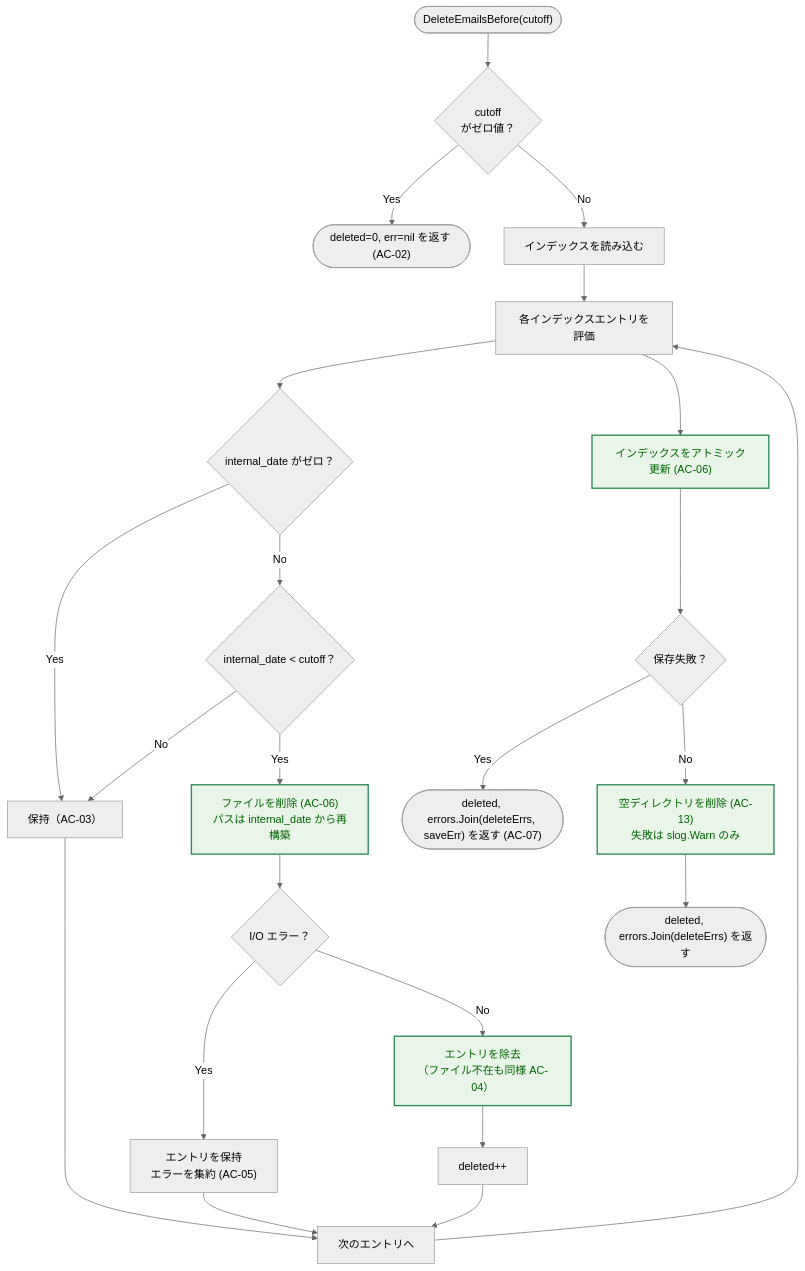
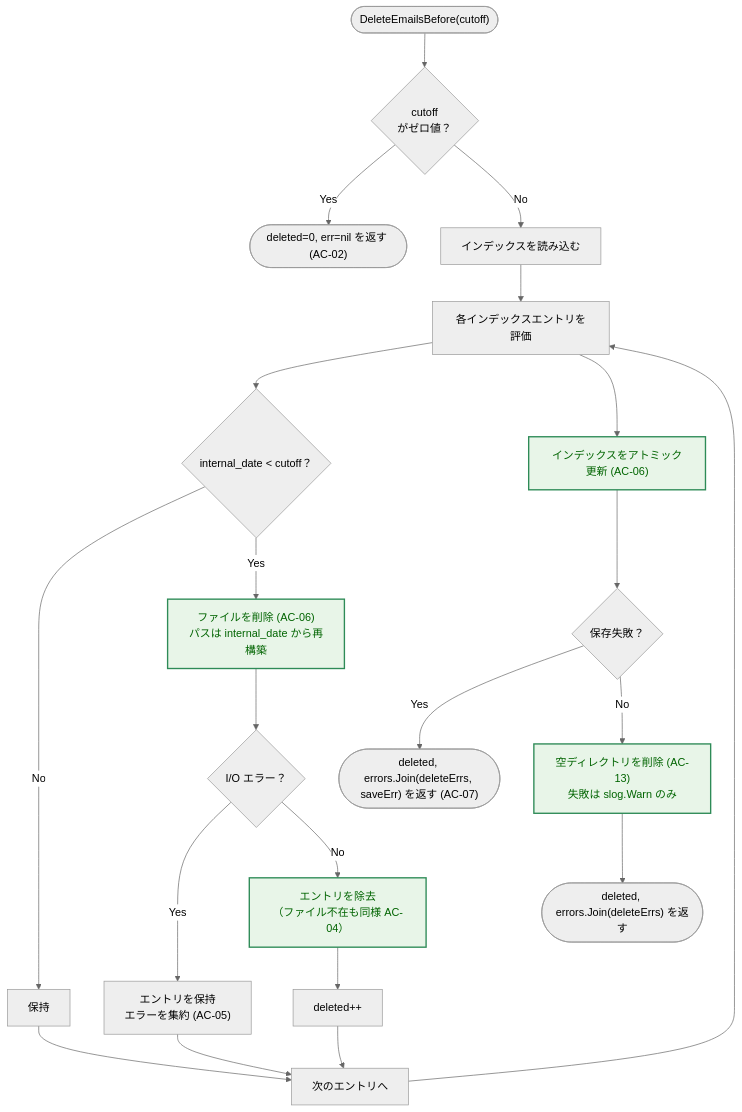
One commit to isseis/tlsrpt-digest changed the ninth of 9 diagrams in docs/tasks/0041_store_gc_simplify/02_architecture.md. Above: the diagram before and after it, drawn with Mermaid (neutral theme). The commit also changed other lines of this file and 1 other file, not shown here.

Commit message:
docs(0041): remove zero internal_date guard from AC-03
With F-000 removing SentAt and F-002 removing SaveReports placeholder
creation, there is no valid code path that produces a zero InternalDate
in the index. INTERNALDATE is an RFC 3501 required field and is always
present. The guard was inherited from the old SavedAt-based design and
is no longer meaningful.

Remove the zero guard from AC-03, the flowchart, the error table, and
the test plan.

````diff
--- a/docs/tasks/0041_store_gc_simplify/02_architecture.md
+++ b/docs/tasks/0041_store_gc_simplify/02_architecture.md
@@ -340,29 +339,27 @@
 ```mermaid
 flowchart TD
     classDef enhanced fill:#e8f5e8,stroke:#2e8b57,stroke-width:2px,color:#006400;
 
     Start(["DeleteEmailsBefore(cutoff)"]) --> Zero{"cutoff<br>がゼロ値？"}
     Zero -->|"Yes"| RetZero(["deleted=0, err=nil を返す (AC-02)"])
     Zero -->|"No"| Load["インデックスを読み込む"]
     Load --> Loop["各インデックスエントリを評価"]
-    Loop --> Placeholder{"internal_date がゼロ？"}
-    Placeholder -->|"Yes"| Keep["保持（AC-03）"]
-    Placeholder -->|"No"| Cond{"internal_date < cutoff？"}
-    Cond -->|"No"| Keep
+    Loop --> Cond{"internal_date < cutoff？"}
+    Cond -->|"No"| Keep["保持"]
     Cond -->|"Yes"| DelFile["ファイルを削除 (AC-06)<br>パスは internal_date から再構築"]
     DelFile --> IOErr{"I/O エラー？"}
     IOErr -->|"Yes"| KeepEntry["エントリを保持<br>エラーを集約 (AC-05)"]
     IOErr -->|"No"| RemoveEntry["エントリを除去<br>（ファイル不在も同様 AC-04）"]
     RemoveEntry --> CountUp["deleted++"]
     Keep --> NextEntry["次のエントリへ"]
     KeepEntry --> NextEntry
     CountUp --> NextEntry
     NextEntry --> Loop
     Loop --> Save["インデックスをアトミック更新 (AC-06)"]
     Save --> SaveErr{"保存失敗？"}
     SaveErr -->|"Yes"| RetErr(["deleted, errors.Join(deleteErrs, saveErr) を返す (AC-07)"])
     SaveErr -->|"No"| Sweep["空ディレクトリを削除 (AC-13)<br>失敗は slog.Warn のみ"]
     Sweep --> RetOK(["deleted, errors.Join(deleteErrs) を返す"])
 
     class DelFile,RemoveEntry,Save,Sweep enhanced
 ```
````
